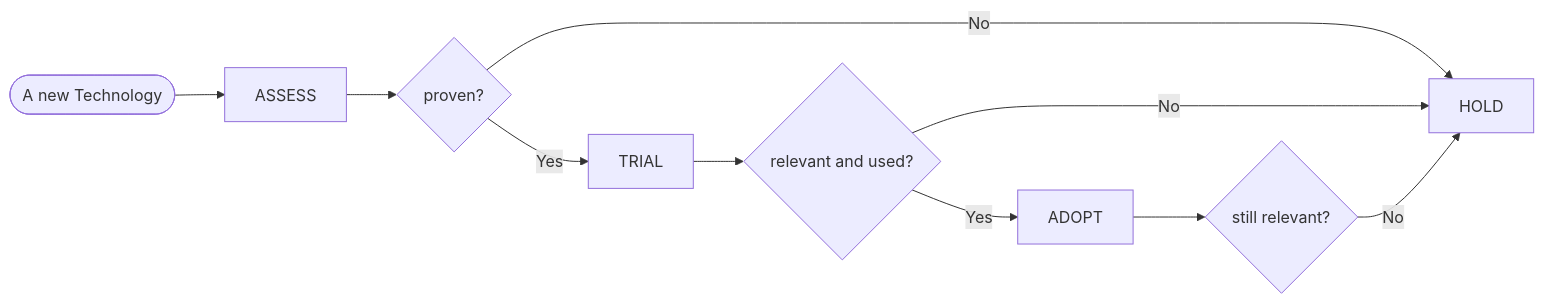
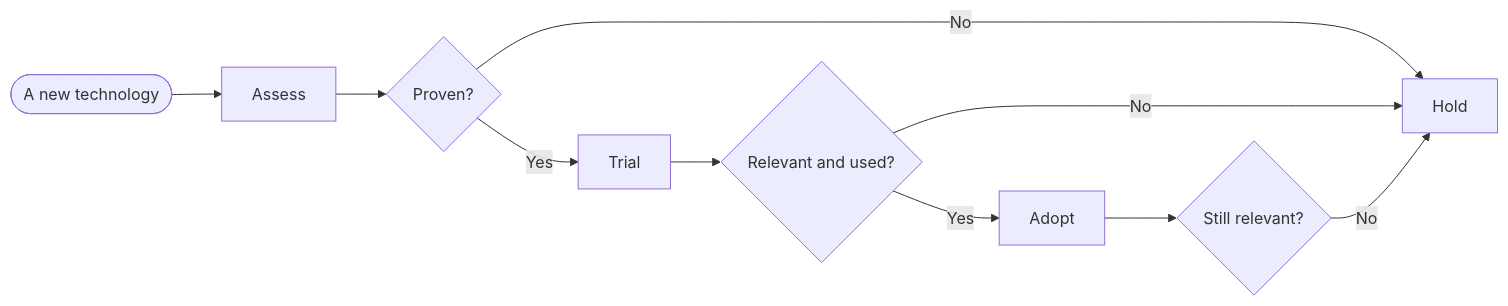
The diagram in docs/CHOOSING_TECHNOLOGIES.md (casavo/.github), drawn with Mermaid before and after one commit. The commit also changed other lines of this file and 2 other files, not shown here.

````diff
--- a/docs/CHOOSING_TECHNOLOGIES.md
+++ b/docs/CHOOSING_TECHNOLOGIES.md
@@ -16,21 +21,19 @@
 ```mermaid
 flowchart LR
-    blip([A new Technology])
-    AS[ASSESS]
-    TR[TRIAL]
-    AD[ADOPT]
-    HO[HOLD]
-    valuateTrial{proven?}
-    valuateAdopt{relevant and used?}
-    valuateHold{still relevant?}
+    blip([A new technology])
+    AS[Assess]
+    TR[Trial]
+    AD[Adopt]
+    HO[Hold]
+    proven{Proven?}
+    used{Relevant and used?}
+    relevant{Still relevant?}
 
     blip --> AS
-    AS --> valuateTrial --> |Yes| TR
-    valuateTrial --> |No| HO
-    
-    TR --> valuateAdopt --> |Yes| AD
-    valuateAdopt --> |No| HO
-
-    AD --> valuateHold
-    valuateHold --> |No| HO
+    AS --> proven -->|Yes| TR
+    proven -->|No| HO
+    TR --> used -->|Yes| AD
+    used -->|No| HO
+    AD --> relevant
+    relevant -->|No| HO
 ```
````
